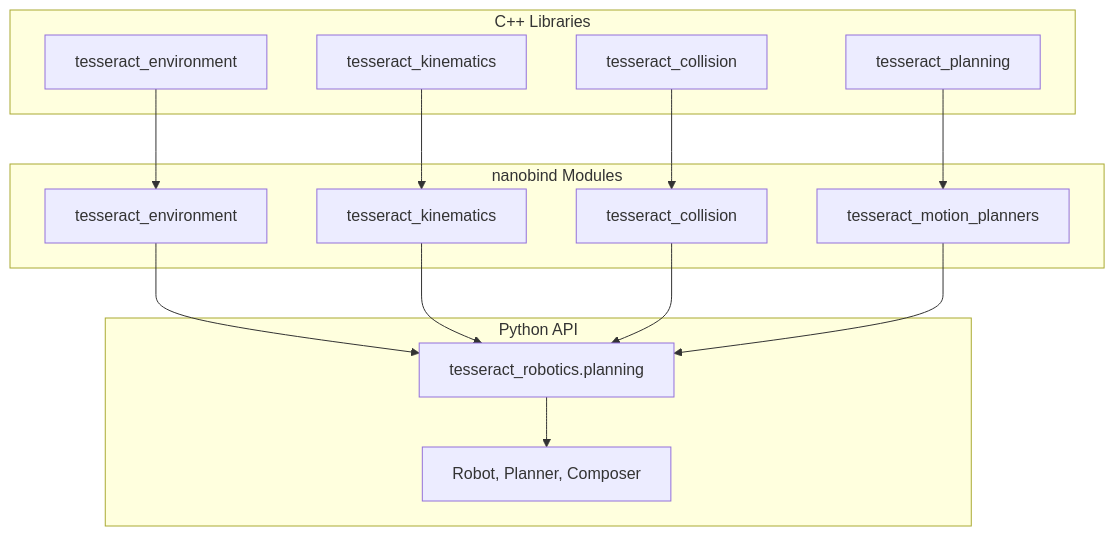
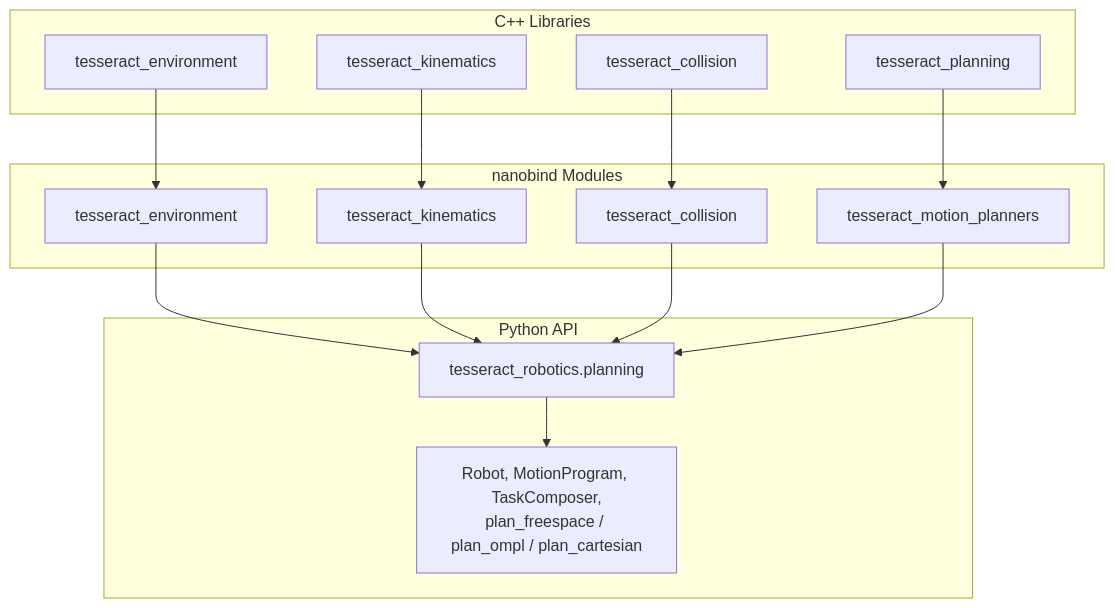
Before and after one commit to tesseract-robotics/tesseract_nanobind: the diagram in docs/developer/index.md, drawn with Mermaid. The commit also changed other lines of this file and 2 other files, not shown here.

Commit message:
docs(developer): fix mermaid+example-run; reframe constraints page; update QUICKSTART platforms

````diff
--- a/docs/developer/index.md
+++ b/docs/developer/index.md
@@ -137,31 +139,31 @@
 ```mermaid
 graph TD
     subgraph "C++ Libraries"
         A[tesseract_environment]
         B[tesseract_kinematics]
         C[tesseract_collision]
         D[tesseract_planning]
     end
 
     subgraph "nanobind Modules"
         E[tesseract_environment]
         F[tesseract_kinematics]
         G[tesseract_collision]
         H[tesseract_motion_planners]
     end
 
     subgraph "Python API"
         I[tesseract_robotics.planning]
-        J[Robot, Planner, Composer]
+        J[Robot, MotionProgram, TaskComposer,<br/>plan_freespace / plan_ompl / plan_cartesian]
     end
 
     A --> E
     B --> F
     C --> G
     D --> H
     E --> I
     F --> I
     G --> I
     H --> I
     I --> J
 ```
````
